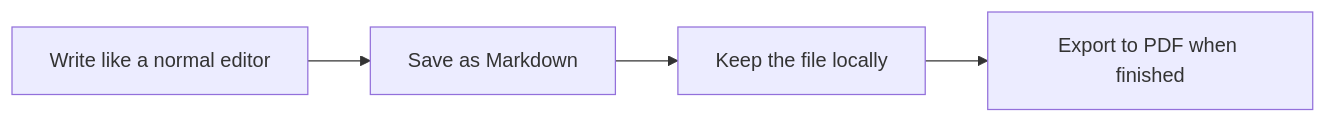
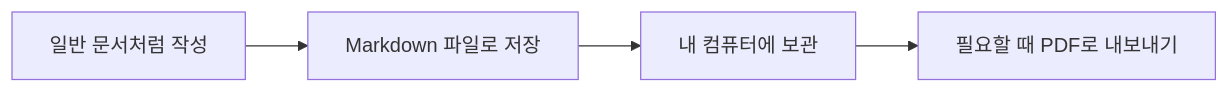
Before and after one commit to sinmb79/MD-Editer: the first of 2 diagrams in docs/USER-GUIDE.md, drawn with Mermaid. The commit also changed other lines of this file and 1 other file, not shown here.

````diff
--- a/docs/USER-GUIDE.md
+++ b/docs/USER-GUIDE.md
@@ -15,6 +15,6 @@
 ```mermaid
 flowchart LR
-    A["Write like a normal editor"] --> B["Save as Markdown"]
-    B --> C["Keep the file locally"]
-    C --> D["Export to PDF when finished"]
+    A["일반 문서처럼 작성"] --> B["Markdown 파일로 저장"]
+    B --> C["내 컴퓨터에 보관"]
+    C --> D["필요할 때 PDF로 내보내기"]
 ```
````
